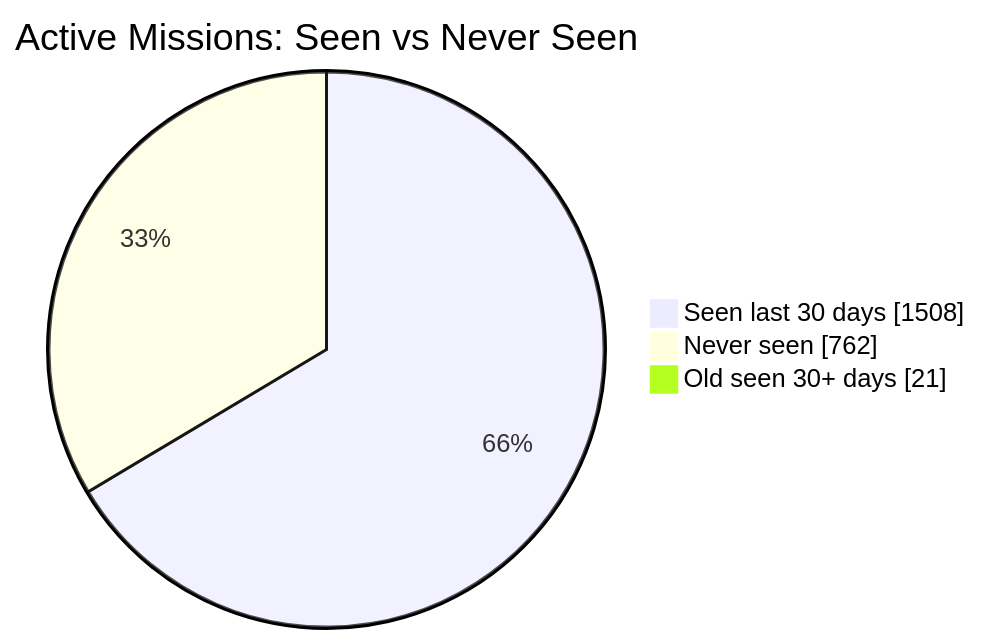
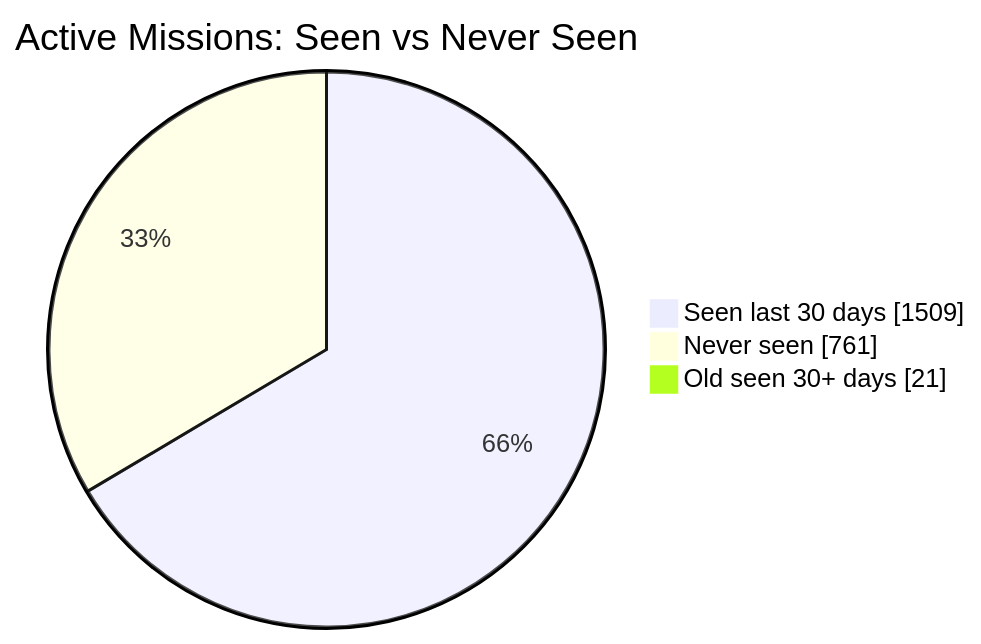
Before and after one commit to MeldkamerspelGameTeam/active-missions: the first of 2 diagrams in README.md, drawn with Mermaid. The commit also changed other lines of this file and 7 other files, not shown here.

````diff
--- a/README.md
+++ b/README.md
@@ -34,7 +34,7 @@
 ```mermaid
 pie showData
     title Active Missions: Seen vs Never Seen
-    "Seen last 30 days" : 1508
-    "Never seen" : 762
+    "Seen last 30 days" : 1509
+    "Never seen" : 761
     "Old seen 30+ days" : 21
 ```
````
